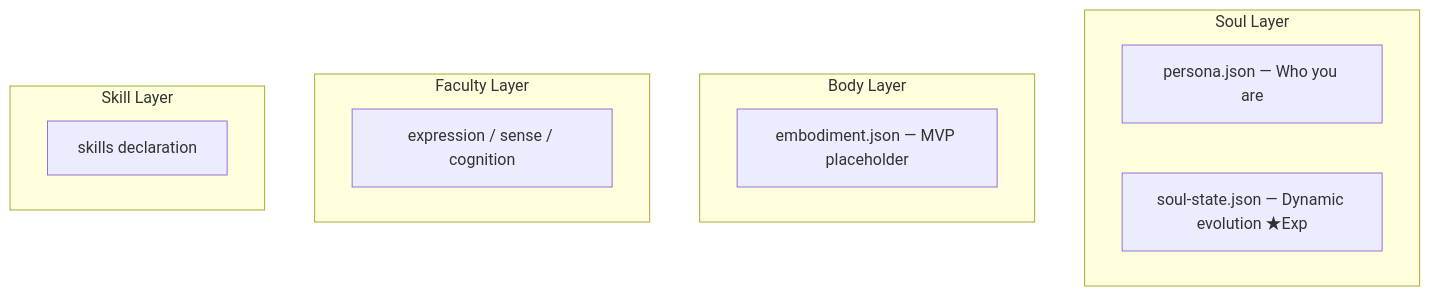
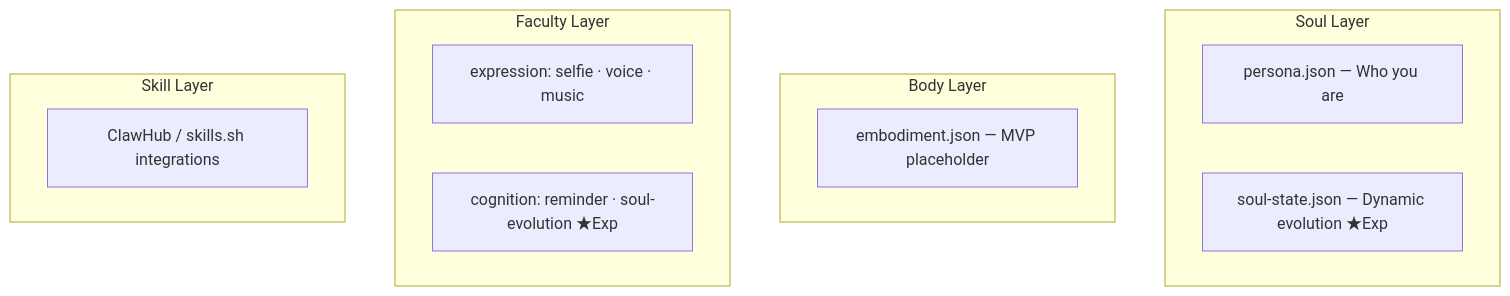
One commit to ACNet-AI/OpenPersona changed the diagram in README.md. Above: the diagram before and after it, drawn with Mermaid. The commit also changed other lines of this file, not shown here.

First line of the commit message:
docs: update README for Samantha, voice/music faculties, new structure

````diff
--- a/README.md
+++ b/README.md
@@ -22,16 +25,17 @@
 ```mermaid
 flowchart TB
   subgraph Soul ["Soul Layer"]
     A["persona.json — Who you are"]
     B["soul-state.json — Dynamic evolution ★Exp"]
   end
   subgraph Body ["Body Layer"]
     C["embodiment.json — MVP placeholder"]
   end
   subgraph Faculty ["Faculty Layer"]
-    D["expression / sense / cognition"]
+    D["expression: selfie · voice · music"]
+    E["cognition: reminder · soul-evolution ★Exp"]
   end
   subgraph Skill ["Skill Layer"]
-    E["skills declaration"]
+    F["ClawHub / skills.sh integrations"]
   end
 ```
````
